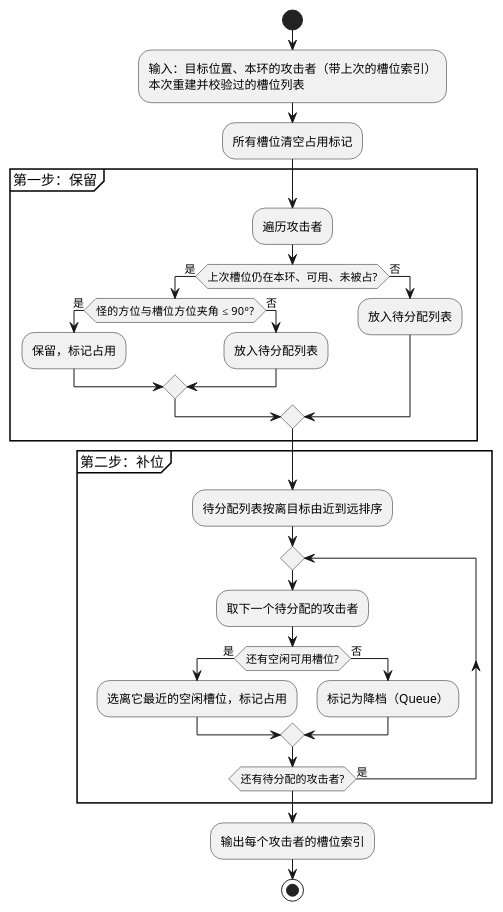
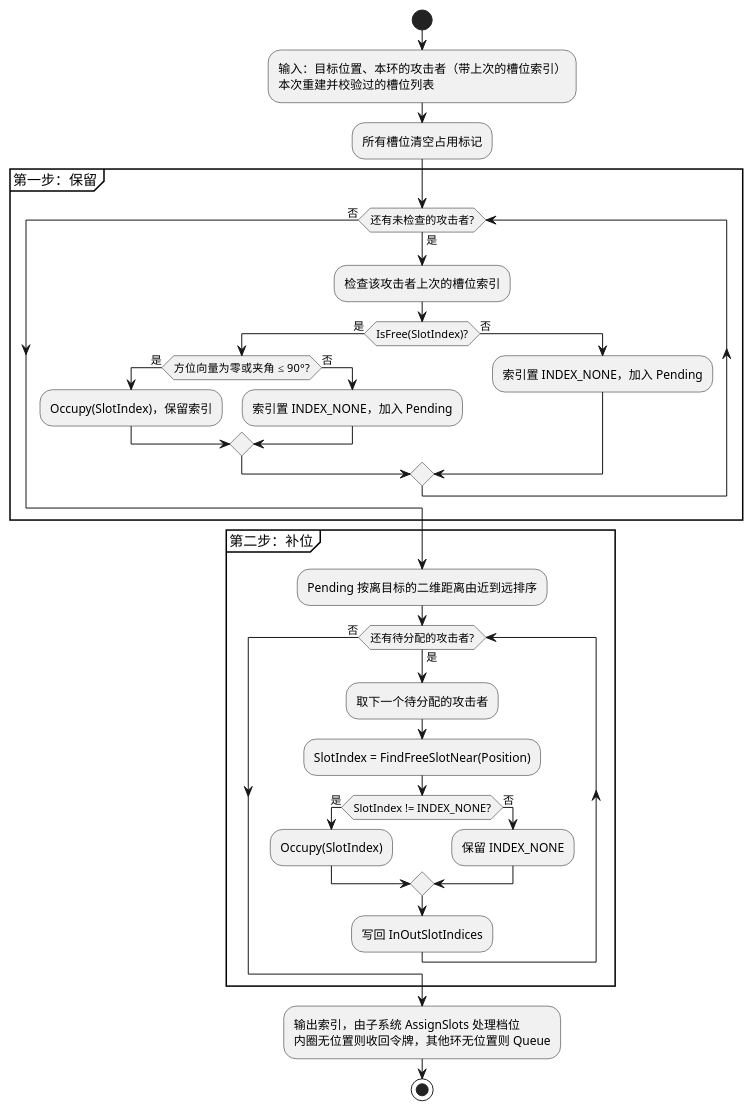
Before and after one commit to peng984251536/GAS_Demo: diagram 11 of 11 in Docs/AI-Engagement.zh-CN.md, drawn with PlantUML. The commit also changed other lines of this file and 181 other files, not shown here.

````diff
--- a/Docs/AI-Engagement.zh-CN.md
+++ b/Docs/AI-Engagement.zh-CN.md
@@ -708,35 +894,39 @@
 ```plantuml
 @startuml 槽位分配活动图
 skinparam shadowing false
 skinparam defaultFontName "Microsoft YaHei"
 
 start
 :输入：目标位置、本环的攻击者（带上次的槽位索引）\n本次重建并校验过的槽位列表;
 :所有槽位清空占用标记;
 partition "第一步：保留" {
-  :遍历攻击者;
-  if (上次槽位仍在本环、可用、未被占?) then (是)
-    if (怪的方位与槽位方位夹角 ≤ 90°?) then (是)
-      :保留，标记占用;
+  while (还有未检查的攻击者?) is (是)
+    :检查该攻击者上次的槽位索引;
+    if (IsFree(SlotIndex)?) then (是)
+      if (方位向量为零或夹角 ≤ 90°?) then (是)
+        :Occupy(SlotIndex)，保留索引;
+      else (否)
+        :索引置 INDEX_NONE，加入 Pending;
+      endif
     else (否)
-      :放入待分配列表;
+      :索引置 INDEX_NONE，加入 Pending;
     endif
-  else (否)
-    :放入待分配列表;
-  endif
+  endwhile (否)
 }
 partition "第二步：补位" {
-  :待分配列表按离目标由近到远排序;
-  repeat
+  :Pending 按离目标的二维距离由近到远排序;
+  while (还有待分配的攻击者?) is (是)
     :取下一个待分配的攻击者;
-    if (还有空闲可用槽位?) then (是)
-      :选离它最近的空闲槽位，标记占用;
+    :SlotIndex = FindFreeSlotNear(Position);
+    if (SlotIndex != INDEX_NONE?) then (是)
+      :Occupy(SlotIndex);
     else (否)
-      :标记为降档（Queue）;
+      :保留 INDEX_NONE;
     endif
-  repeat while (还有待分配的攻击者?) is (是)
+    :写回 InOutSlotIndices;
+  endwhile (否)
 }
-:输出每个攻击者的槽位索引;
+:输出索引，由子系统 AssignSlots 处理档位\n内圈无位置则收回令牌，其他环无位置则 Queue;
 stop
 @enduml
 ```
````
